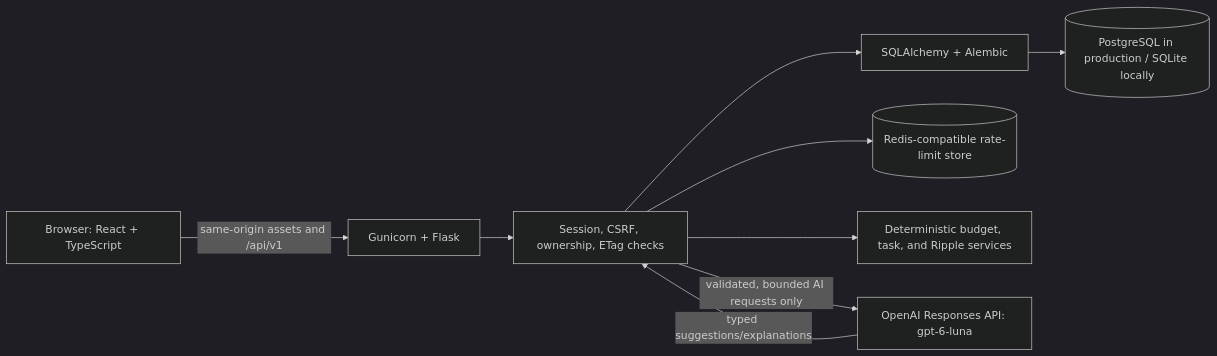
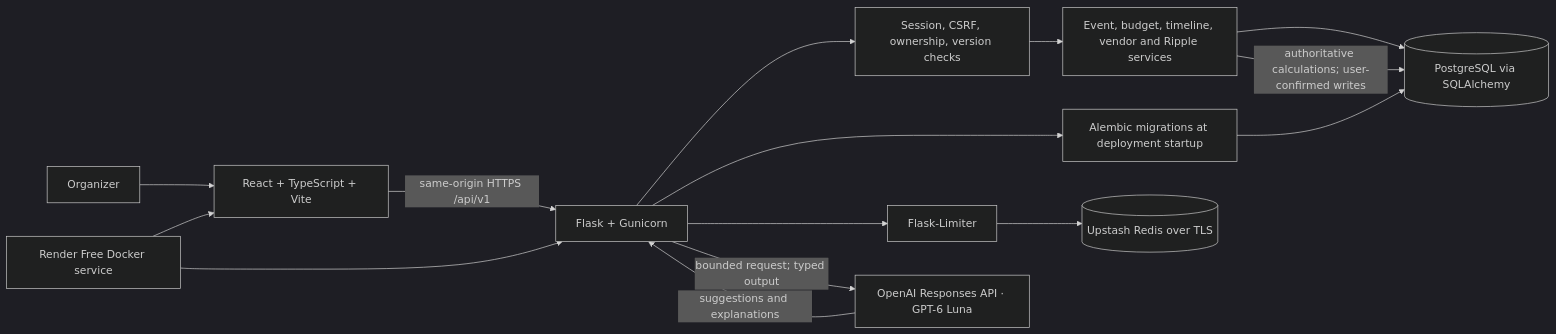
One commit to CodeWithShrey-collab/MomentOS-Event-Planner changed the diagram in README.md. Above: the diagram before and after it, drawn with Mermaid (dark theme). The commit also changed other lines of this file and 8 other files, not shown here.

````diff
--- a/README.md
+++ b/README.md
@@ -52,11 +68,17 @@
 ```mermaid
 flowchart LR
-    U[Browser: React + TypeScript] -->|same-origin assets and /api/v1| W[Gunicorn + Flask]
-    W --> S[Session, CSRF, ownership, ETag checks]
-    S --> D[SQLAlchemy + Alembic]
-    D --> P[(PostgreSQL in production / SQLite locally)]
-    S --> R[(Redis-compatible rate-limit store)]
-    S --> B[Deterministic budget, task, and Ripple services]
-    S -->|validated, bounded AI requests only| O[OpenAI Responses API: gpt-6-luna]
-    O -->|typed suggestions/explanations| S
+  U[Organizer] --> FE[React + TypeScript + Vite]
+  FE -->|same-origin HTTPS /api/v1| API[Flask + Gunicorn]
+  API --> AUTH[Session, CSRF, ownership, version checks]
+  AUTH --> CORE[Event, budget, timeline, vendor and Ripple services]
+  CORE --> DB[(PostgreSQL via SQLAlchemy)]
+  API --> MIG[Alembic migrations at deployment startup]
+  MIG --> DB
+  API --> LIMIT[Flask-Limiter]
+  LIMIT --> REDIS[(Upstash Redis over TLS)]
+  API -->|bounded request; typed output| AI[OpenAI Responses API · GPT-6 Luna]
+  AI -->|suggestions and explanations| API
+  CORE -->|authoritative calculations; user-confirmed writes| DB
+  DOCKER[Render Free Docker service] --> FE
+  DOCKER --> API
 ```
````
